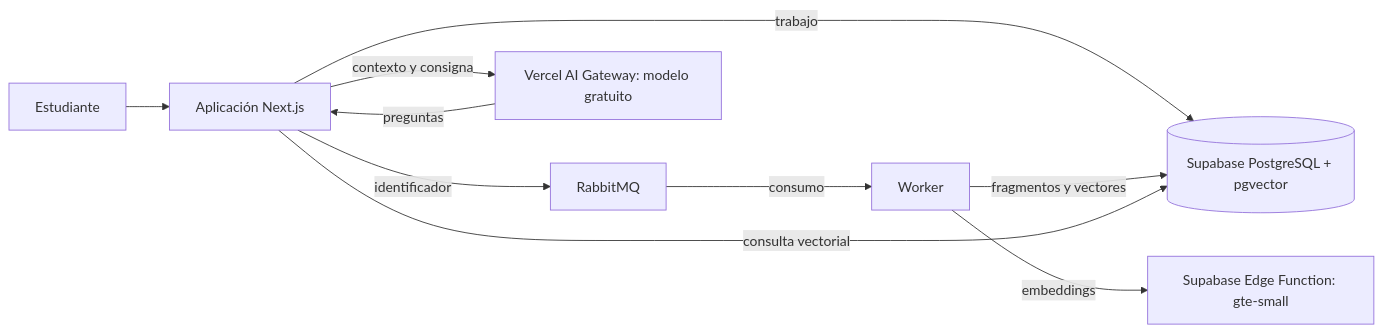
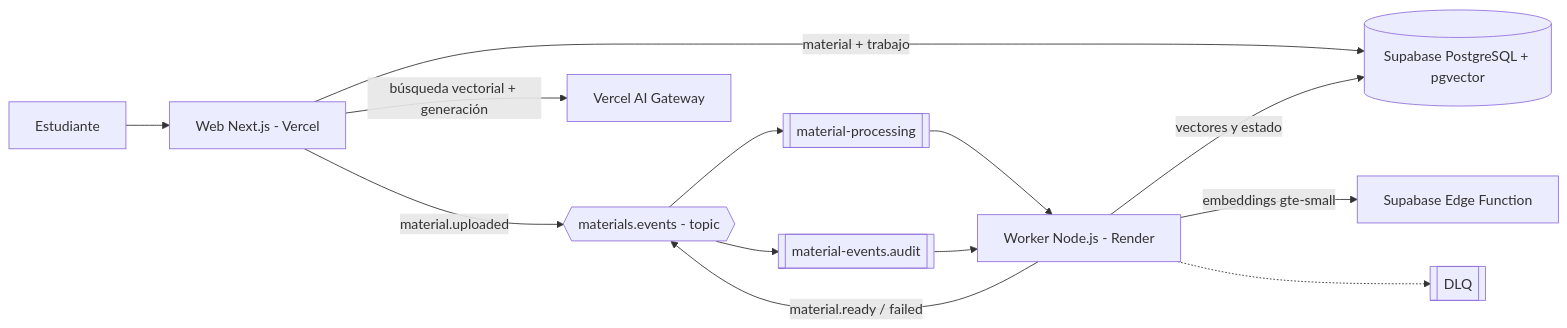
The diagram in flashcards-ai/WHITE_PAPER.md (UGroisman/TP-INGE-2), drawn with Mermaid before and after one commit. The commit also changed other lines of this file and 5 other files, not shown here.

````diff
--- a/flashcards-ai/WHITE_PAPER.md
+++ b/flashcards-ai/WHITE_PAPER.md
@@ -16,12 +112,13 @@
 ```mermaid
 flowchart LR
-  U[Estudiante] --> W[Aplicación Next.js]
-  W -->|trabajo| DB[(Supabase PostgreSQL + pgvector)]
-  W -->|identificador| Q[RabbitMQ]
-  Q -->|consumo| K[Worker]
-  K -->|embeddings| E[Supabase Edge Function: gte-small]
-  K -->|fragmentos y vectores| DB
-  W -->|consulta vectorial| DB
-  W -->|contexto y consigna| AI[Vercel AI Gateway: modelo gratuito]
-  AI -->|preguntas| W
+  U[Estudiante] --> W[Web Next.js - Vercel]
+  W -->|material + trabajo| DB[(Supabase PostgreSQL + pgvector)]
+  W -->|material.uploaded| X{{materials.events - topic}}
+  X --> Q1[[material-processing]] --> K[Worker Node.js - Render]
+  X --> Q2[[material-events.audit]] --> K
+  K -->|embeddings gte-small| E[Supabase Edge Function]
+  K -->|vectores y estado| DB
+  K -->|material.ready / failed| X
+  K -.-> DLQ[[DLQ]]
+  W -->|búsqueda vectorial + generación| AI[Vercel AI Gateway]
 ```
````
